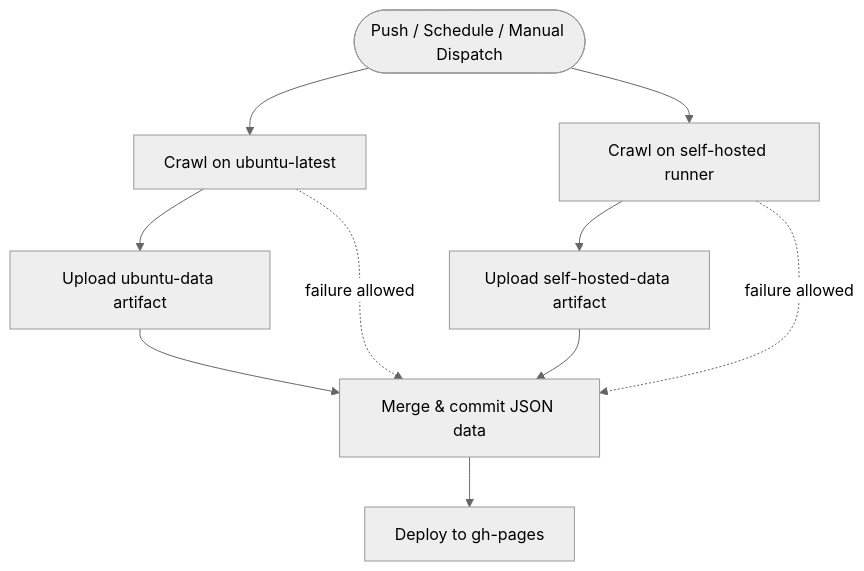
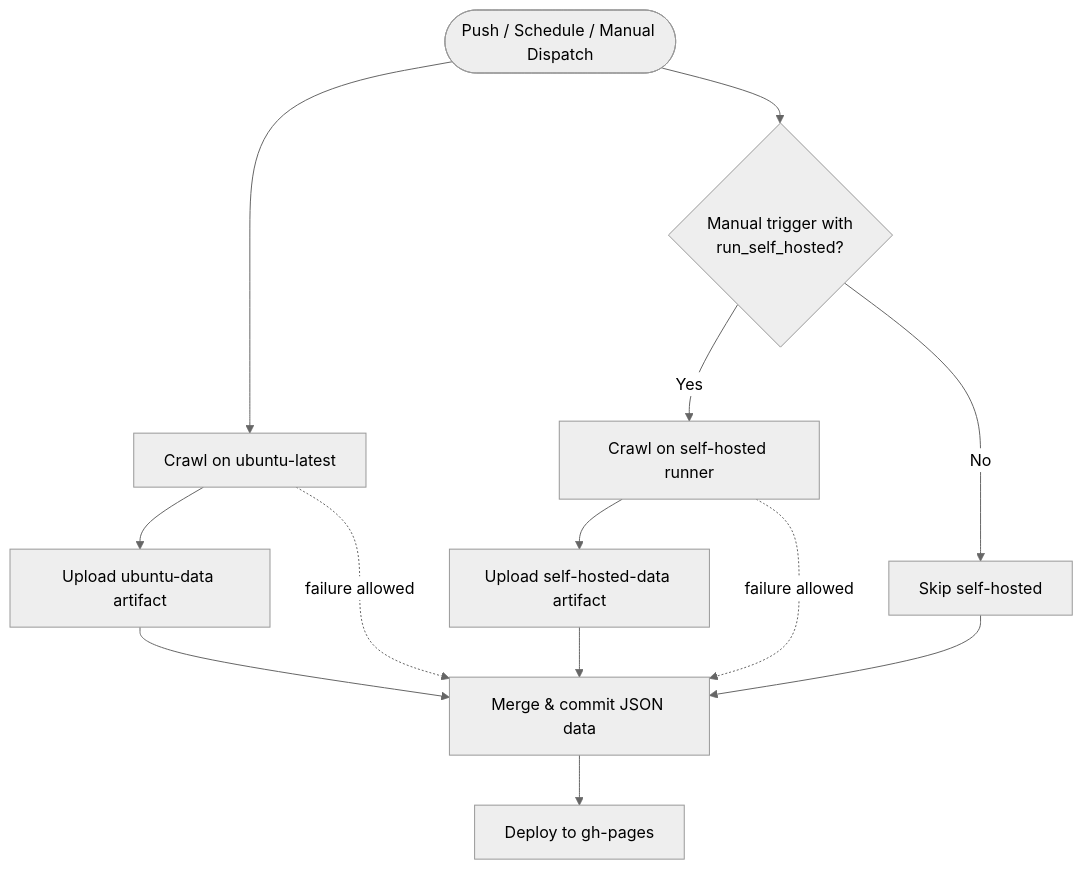
Before and after one commit to l7wei/NTHU-Data-Scraper: the diagram in workflow.md, drawn with Mermaid (neutral theme). The commit also changed other lines of this file and 371 other files, not shown here.

````diff
--- a/workflow.md
+++ b/workflow.md
@@ -17,12 +39,15 @@
 ```mermaid
 flowchart TD
   trigger([Push / Schedule / Manual Dispatch]) --> ubuntu[Crawl on ubuntu-latest]
-  trigger --> selfHosted[Crawl on self-hosted runner]
+  trigger --> manualCheck{Manual trigger with<br/>run_self_hosted?}
+  manualCheck -->|Yes| selfHosted[Crawl on self-hosted runner]
+  manualCheck -->|No| skip[Skip self-hosted]
   ubuntu --> ubArtifact[Upload ubuntu-data artifact]
   selfHosted --> shArtifact[Upload self-hosted-data artifact]
   ubArtifact --> commit[Merge & commit JSON data]
   shArtifact --> commit
+  skip --> commit
   ubuntu -. failure allowed .-> commit
   selfHosted -. failure allowed .-> commit
   commit --> deploy[Deploy to gh-pages]
 ```
````
